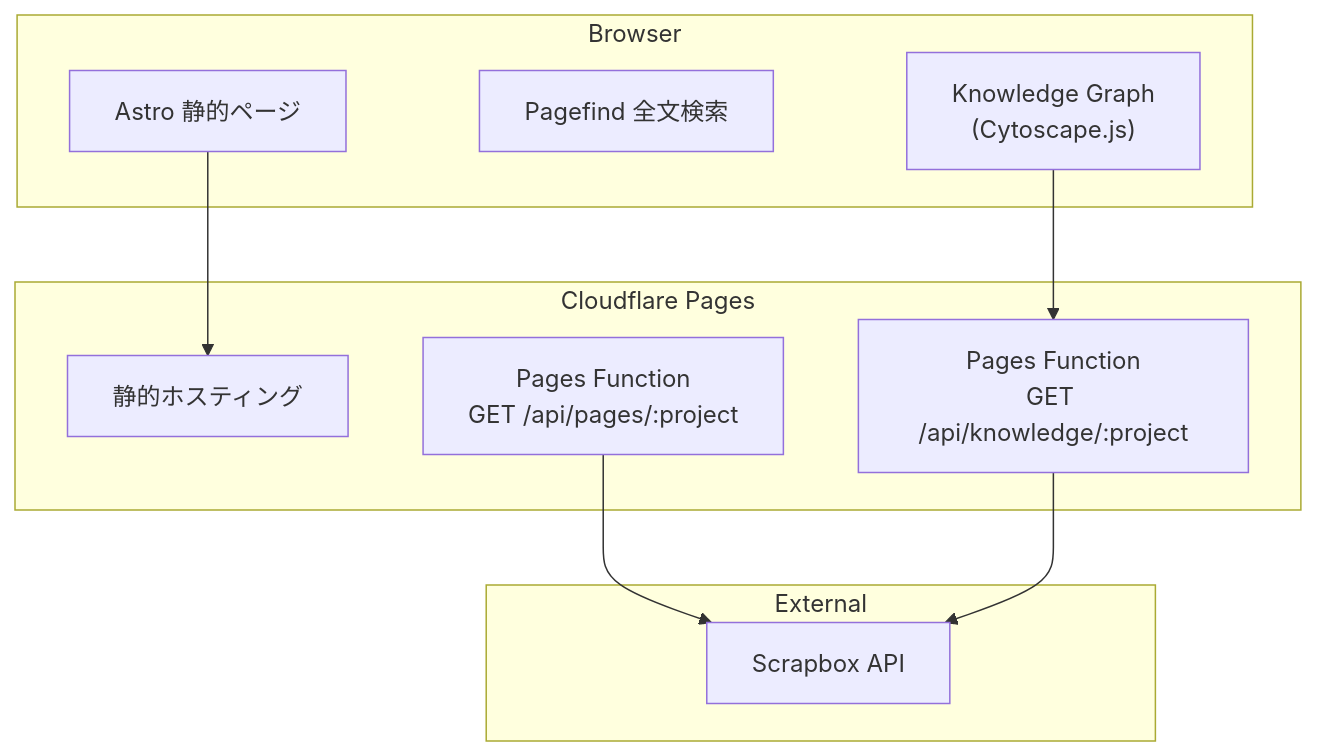
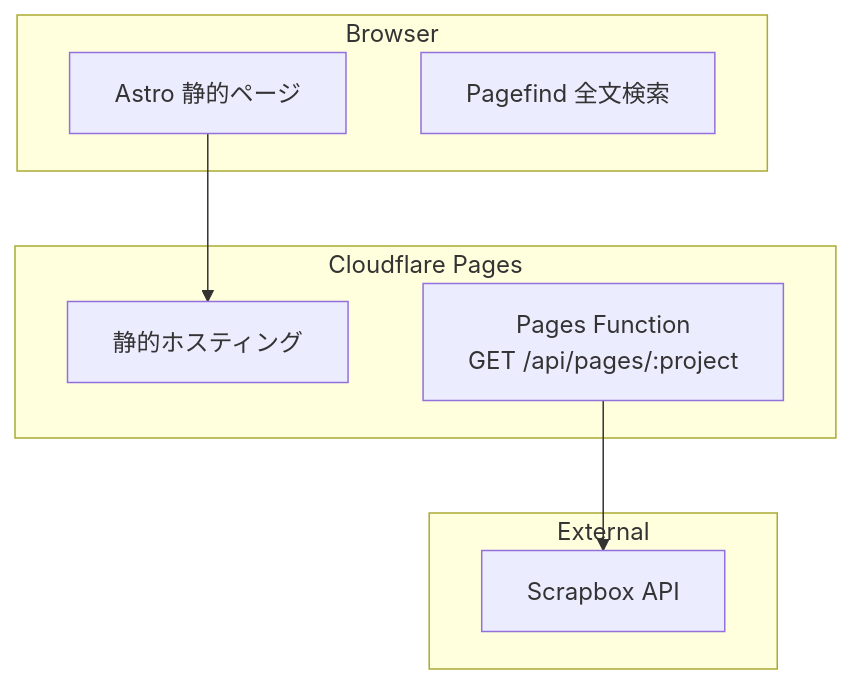
Before and after one commit to KJR020/kjr020.github.io: the diagram in README.md, drawn with Mermaid. The commit also changed other lines of this file and 28 other files, not shown here.

Commit message:
Remove Knowledge Graph feature

````diff
--- a/README.md
+++ b/README.md
@@ -33,23 +25,19 @@
 ```mermaid
 graph TB
     subgraph Browser
         ASTRO["Astro 静的ページ"]
         SEARCH["Pagefind 全文検索"]
-        KG["Knowledge Graph<br/>(Cytoscape.js)"]
     end
 
     subgraph CF["Cloudflare Pages"]
         STATIC["静的ホスティング"]
         FN_PAGES["Pages Function<br/>GET /api/pages/:project"]
-        FN_KNOWLEDGE["Pages Function<br/>GET /api/knowledge/:project"]
     end
 
     subgraph External
         SB["Scrapbox API"]
     end
 
     ASTRO --> STATIC
-    KG --> FN_KNOWLEDGE
     FN_PAGES --> SB
-    FN_KNOWLEDGE --> SB
 ```
````
